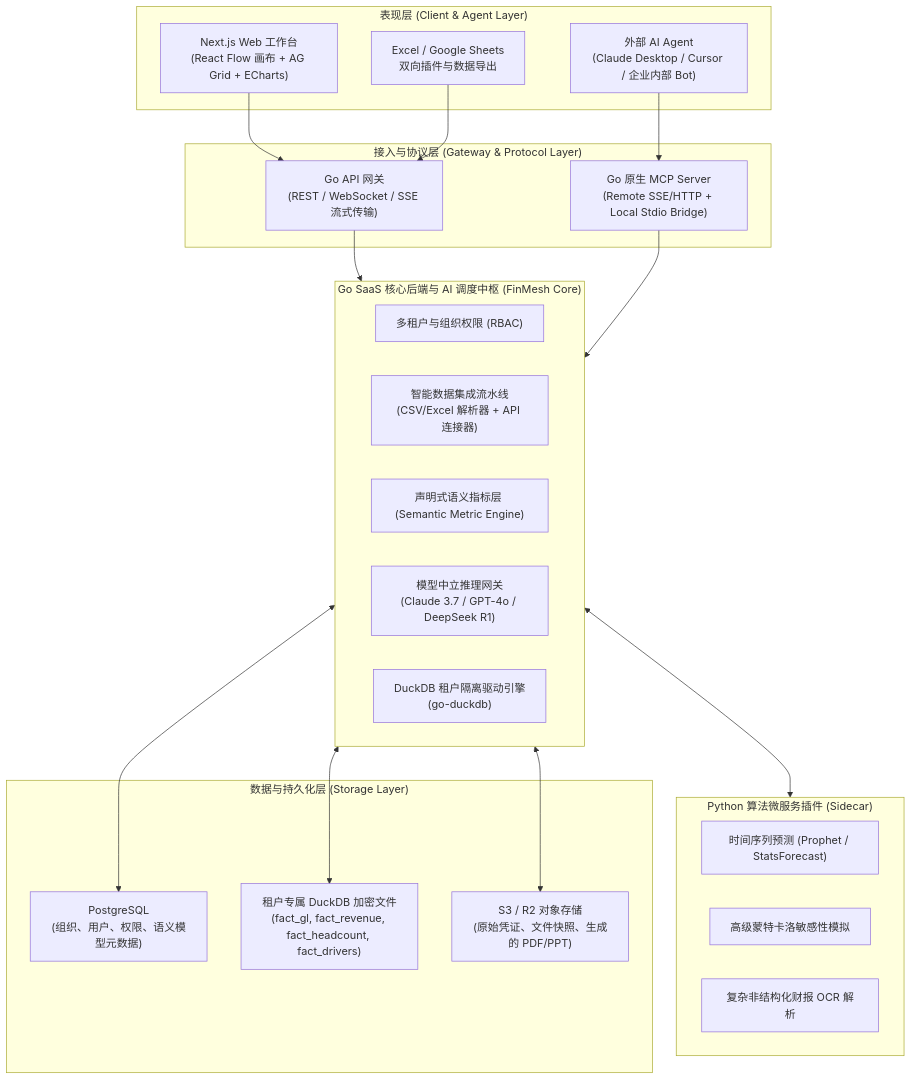
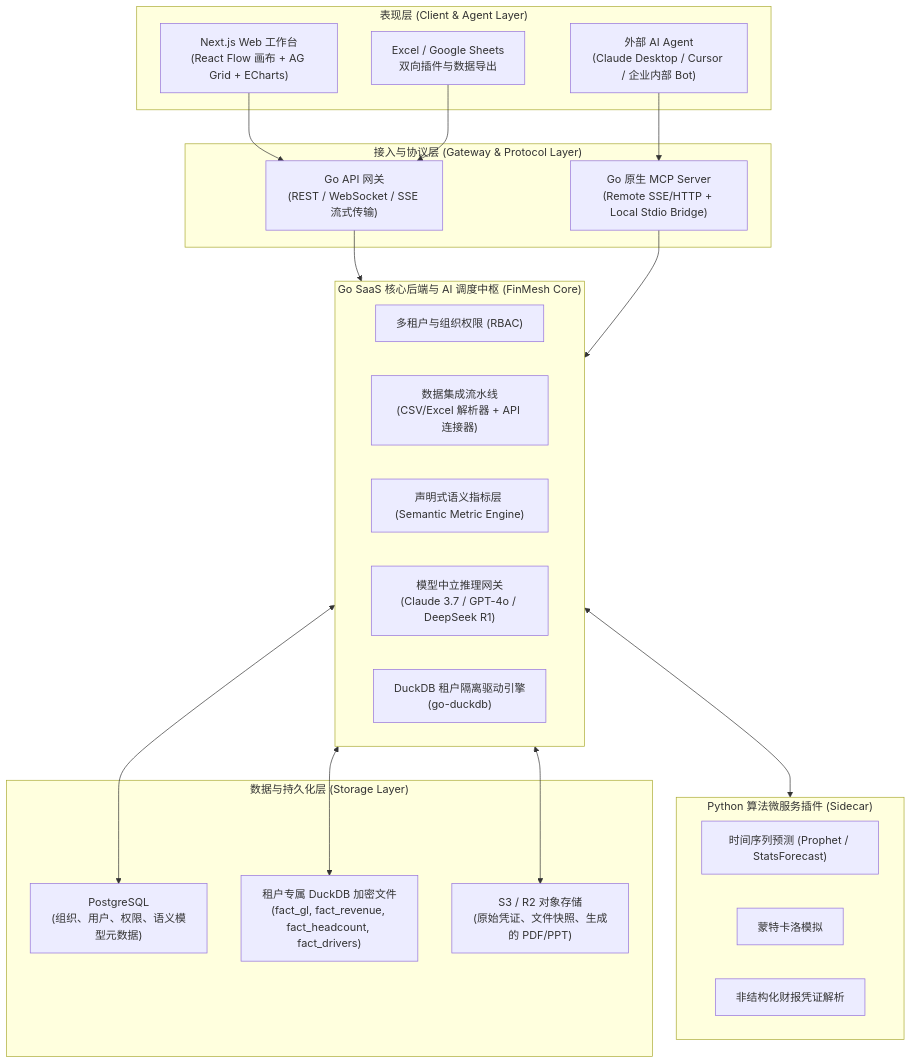
One commit to CHEUKFUNGWU/finmesh changed the second of 3 diagrams in 02-product/architecture-whitepaper.md. Above: the diagram before and after it, drawn with Mermaid. The commit also changed other lines of this file and 4 other files, not shown here.

````diff
--- a/02-product/architecture-whitepaper.md
+++ b/02-product/architecture-whitepaper.md
@@ -74,45 +75,45 @@
 ```mermaid
 flowchart TB
     subgraph ClientLayer ["表现层 (Client & Agent Layer)"]
         WebUI["Next.js Web 工作台\n(React Flow 画布 + AG Grid + ECharts)"]
         ExternalAgent["外部 AI Agent\n(Claude Desktop / Cursor / 企业内部 Bot)"]
         ExcelAddin["Excel / Google Sheets\n双向插件与数据导出"]
     end
 
     subgraph GatewayLayer ["接入与协议层 (Gateway & Protocol Layer)"]
         APIGateway["Go API 网关\n(REST / WebSocket / SSE 流式传输)"]
         MCPServer["Go 原生 MCP Server\n(Remote SSE/HTTP + Local Stdio Bridge)"]
     end
 
     subgraph GoCore ["Go SaaS 核心后端与 AI 调度中枢 (FinMesh Core)"]
         AuthTenant["多租户与组织权限 (RBAC)"]
-        DataIngestion["智能数据集成流水线\n(CSV/Excel 解析器 + API 连接器)"]
+        DataIngestion["数据集成流水线\n(CSV/Excel 解析器 + API 连接器)"]
         SemanticEngine["声明式语义指标层 (Semantic Metric Engine)"]
         LLMOrchestrator["模型中立推理网关\n(Claude 3.7 / GPT-4o / DeepSeek R1)"]
         DuckDBManager["DuckDB 租户隔离驱动引擎\n(go-duckdb)"]
     end
 
     subgraph PythonSidecar ["Python 算法微服务插件 (Sidecar)"]
         ProphetService["时间序列预测 (Prophet / StatsForecast)"]
-        MonteCarloService["高级蒙特卡洛敏感性模拟"]
-        DocOCRService["复杂非结构化财报 OCR 解析"]
+        MonteCarloService["蒙特卡洛模拟"]
+        DocOCRService["非结构化财报凭证解析"]
     end
 
     subgraph StorageLayer ["数据与持久化层 (Storage Layer)"]
         PGMetadata["PostgreSQL\n(组织、用户、权限、语义模型元数据)"]
         TenantDuckDB["租户专属 DuckDB 加密文件\n(fact_gl, fact_revenue, fact_headcount, fact_drivers)"]
         ObjectStorage["S3 / R2 对象存储\n(原始凭证、文件快照、生成的 PDF/PPT)"]
     end
 
     WebUI --> APIGateway
     ExternalAgent --> MCPServer
     ExcelAddin --> APIGateway
 
     APIGateway --> GoCore
     MCPServer --> GoCore
 
     GoCore <--> PGMetadata
     GoCore <--> TenantDuckDB
     GoCore <--> ObjectStorage
     GoCore <--> PythonSidecar
 ```
````
